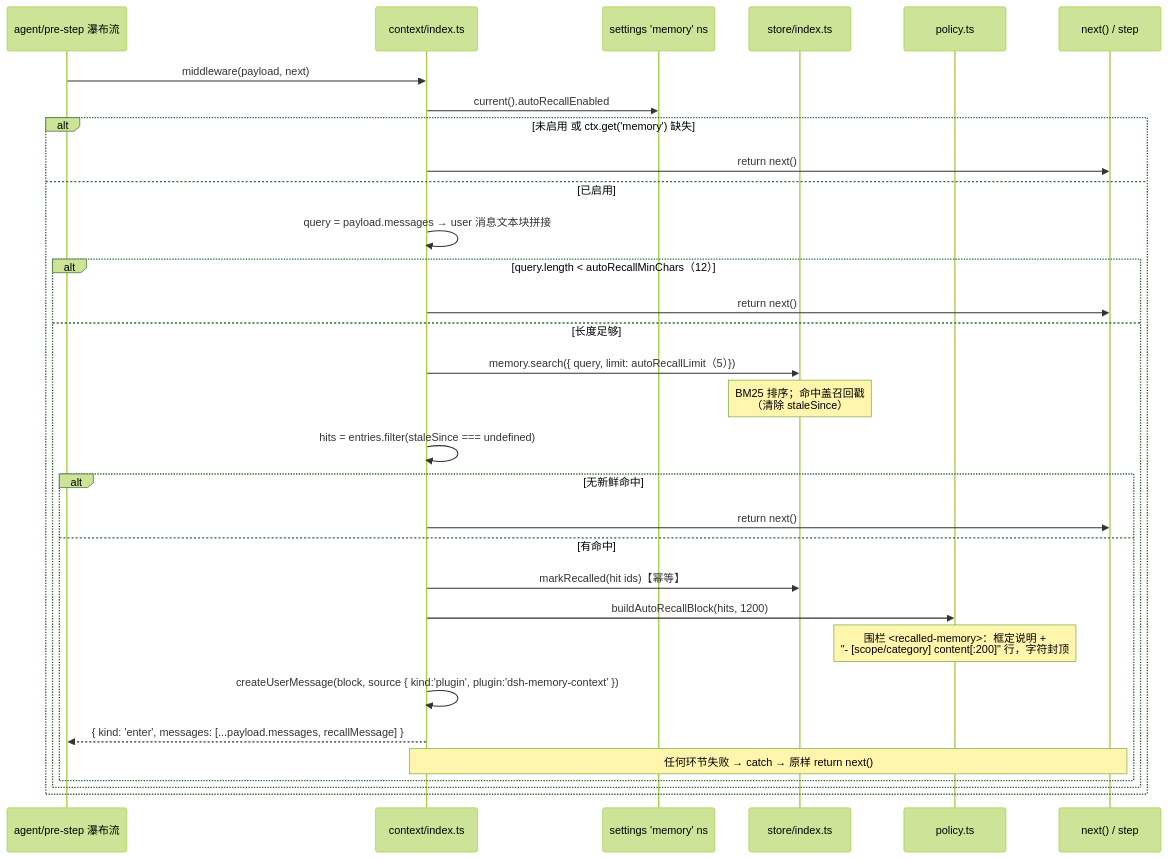
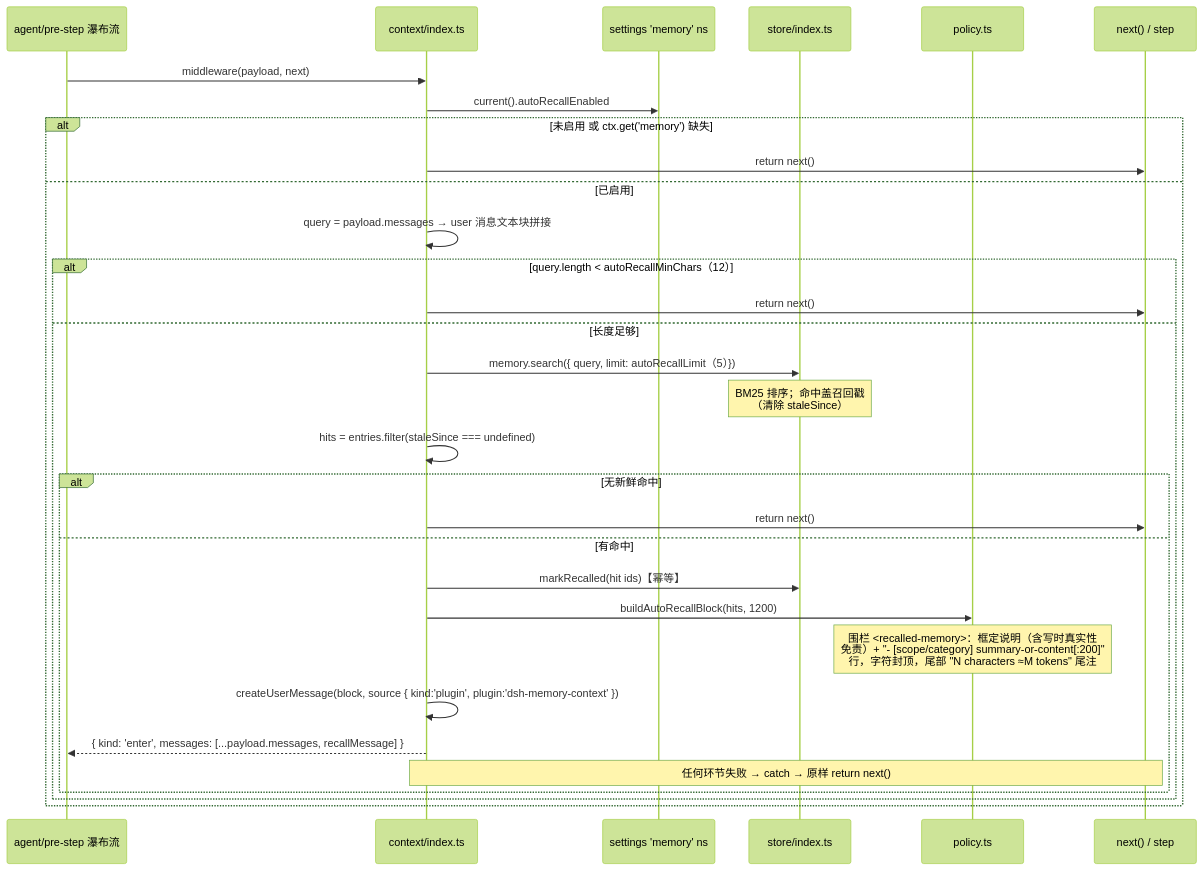
Diagram 11 of 14 in docs/SEQUENCE_DIAGRAMS.zh-CN.md (chenhw7/dsh-memory), drawn with Mermaid (forest theme) before and after one commit. The commit also changed other lines of this file and 2 other files, not shown here.

First line of the commit message:
docs: sync zh-CN mirrors (README / TECH_DESIGN / SEQUENCE_DIAGRAMS) with the v0.5.0 implementation

````diff
--- a/docs/SEQUENCE_DIAGRAMS.zh-CN.md
+++ b/docs/SEQUENCE_DIAGRAMS.zh-CN.md
@@ -492,34 +518,34 @@
 ```mermaid
 sequenceDiagram
     participant PS as agent/pre-step 瀑布流
     participant Ctx as context/index.ts
     participant Settings as settings 'memory' ns
     participant Store as store/index.ts
     participant Policy as policy.ts
     participant Next as next() / step
 
     PS->>Ctx: middleware(payload, next)
     Ctx->>Settings: current().autoRecallEnabled
     alt 未启用 或 ctx.get('memory') 缺失
         Ctx->>Next: return next()
     else 已启用
         Ctx->>Ctx: query = payload.messages → user 消息文本块拼接
         alt query.length < autoRecallMinChars（12）
             Ctx->>Next: return next()
         else 长度足够
             Ctx->>Store: memory.search({ query, limit: autoRecallLimit（5）})
             Note over Store: BM25 排序；命中盖召回戳<br/>（清除 staleSince）
             Ctx->>Ctx: hits = entries.filter(staleSince === undefined)
             alt 无新鲜命中
                 Ctx->>Next: return next()
             else 有命中
                 Ctx->>Store: markRecalled(hit ids)【幂等】
                 Ctx->>Policy: buildAutoRecallBlock(hits, 1200)
-                Note over Policy: 围栏 <recalled-memory>：框定说明 +<br/>"- [scope/category] content[:200]" 行，字符封顶
+                Note over Policy: 围栏 <recalled-memory>：框定说明（含写时真实性<br/>免责）+ "- [scope/category] summary-or-content[:200]"<br/>行，字符封顶，尾部 "N characters ≈M tokens" 尾注
                 Ctx->>Ctx: createUserMessage(block, source { kind:'plugin', plugin:'dsh-memory-context' })
                 Ctx-->>PS: { kind: 'enter', messages: [...payload.messages, recallMessage] }
                 Note over Ctx,Next: 任何环节失败 → catch → 原样 return next()
             end
         end
     end
 ```
````
